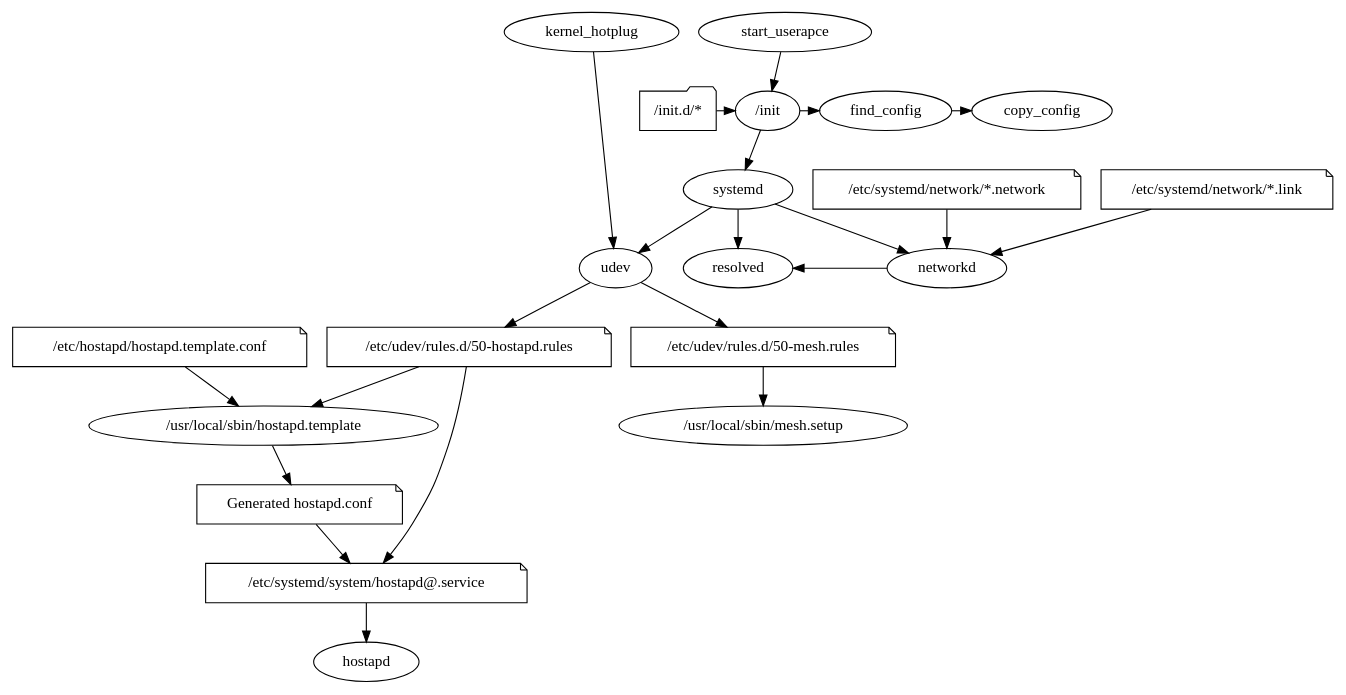
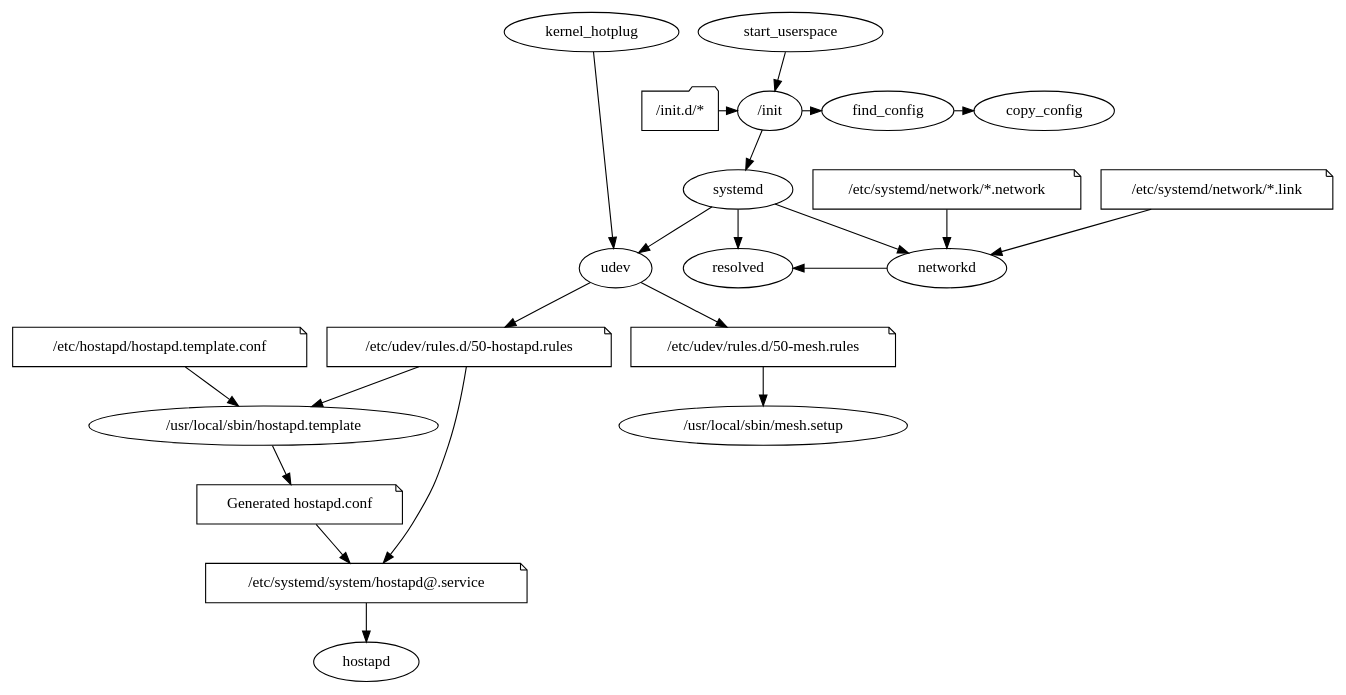
Before and after one commit to tomeshnet/mesh-orange: the diagram in docs/boot-2.dot, drawn with Graphviz. The commit also changed 1 other file, not shown here.

Commit message:
Update doc diagrams

```diff
--- a/docs/boot-2.dot
+++ b/docs/boot-2.dot
@@ -1,54 +1,54 @@
 #
 # Show how startup proceeds in userspace
 #
 
 digraph g{
     systemd -> udev;
     systemd -> networkd;
     systemd -> resolved;
 
     {rank=same resolved networkd}
     networkd -> resolved [constraint=false];
 
     f_link [label="/etc/systemd/network/*.link" shape=note];
     f_network [label="/etc/systemd/network/*.network" shape=note];
     f_link -> networkd;
     f_network -> networkd;
 
     f_hostap_conf [label="/etc/hostapd/hostapd.template.conf" shape=note];
 
     f_hostapd_svc [label="/etc/systemd/system/hostapd@.service" shape=note];
 
     f_hostapd_rules [label="/etc/udev/rules.d/50-hostapd.rules" shape=note];
     udev -> f_hostapd_rules;
     f_hostapd_rules -> f_hostapd_svc;
 
     f_hostapd_scr [label="/usr/local/sbin/hostapd.template"];
     f_hostapd_rules -> f_hostapd_scr;
     f_hostap_conf -> f_hostapd_scr;
 
     hostap_conf [label="Generated hostapd.conf" shape=note];
     f_hostapd_scr -> hostap_conf;
     hostap_conf -> f_hostapd_svc;
 
     f_hostapd_svc -> hostapd;
 
     f_mesh_rules [label="/etc/udev/rules.d/50-mesh.rules" shape=note];
     udev -> f_mesh_rules;
 
     f_mesh_scr [label="/usr/local/sbin/mesh.setup"];
     f_mesh_rules -> f_mesh_scr;
 
     kernel_hotplug -> udev;
-    {rank=same kernel_hotplug start_userapce}
+    {rank=same kernel_hotplug start_userspace}
 
     init [label="/init"];
     init_d [label="/init.d/*" shape=folder];
-    start_userapce -> init;
+    start_userspace -> init;
     init_d -> init;
     {rank=same init init_d find_config copy_config}
 
     init -> find_config -> copy_config;
 
     init -> systemd;
 }
```
